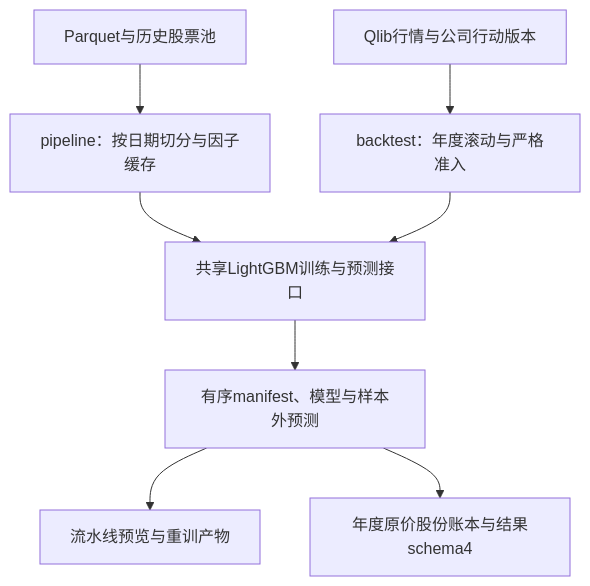
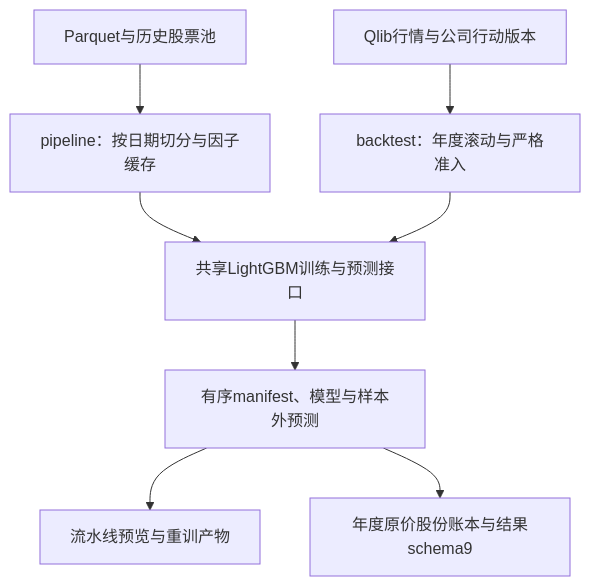
One commit to Dennishaha/JFQuant changed the first of 4 diagrams in crates/ml/README.md. Above: the diagram before and after it, drawn with Mermaid. The commit also changed other lines of this file and 100 other files, not shown here.

````diff
--- a/crates/ml/README.md
+++ b/crates/ml/README.md
@@ -27,10 +27,10 @@
 ```mermaid
 flowchart TD
   PARQUET["Parquet与历史股票池"] --> PIPE["pipeline：按日期切分与因子缓存"]
   QLIB["Qlib行情与公司行动版本"] --> YEAR["backtest：年度滚动与严格准入"]
   PIPE --> TRAIN["共享LightGBM训练与预测接口"]
   YEAR --> TRAIN
   TRAIN --> MODEL["有序manifest、模型与样本外预测"]
   MODEL --> TABLE["流水线预览与重训产物"]
-  MODEL --> LEDGER["年度原价股份账本与结果schema4"]
+  MODEL --> LEDGER["年度原价股份账本与结果schema9"]
 ```
````
